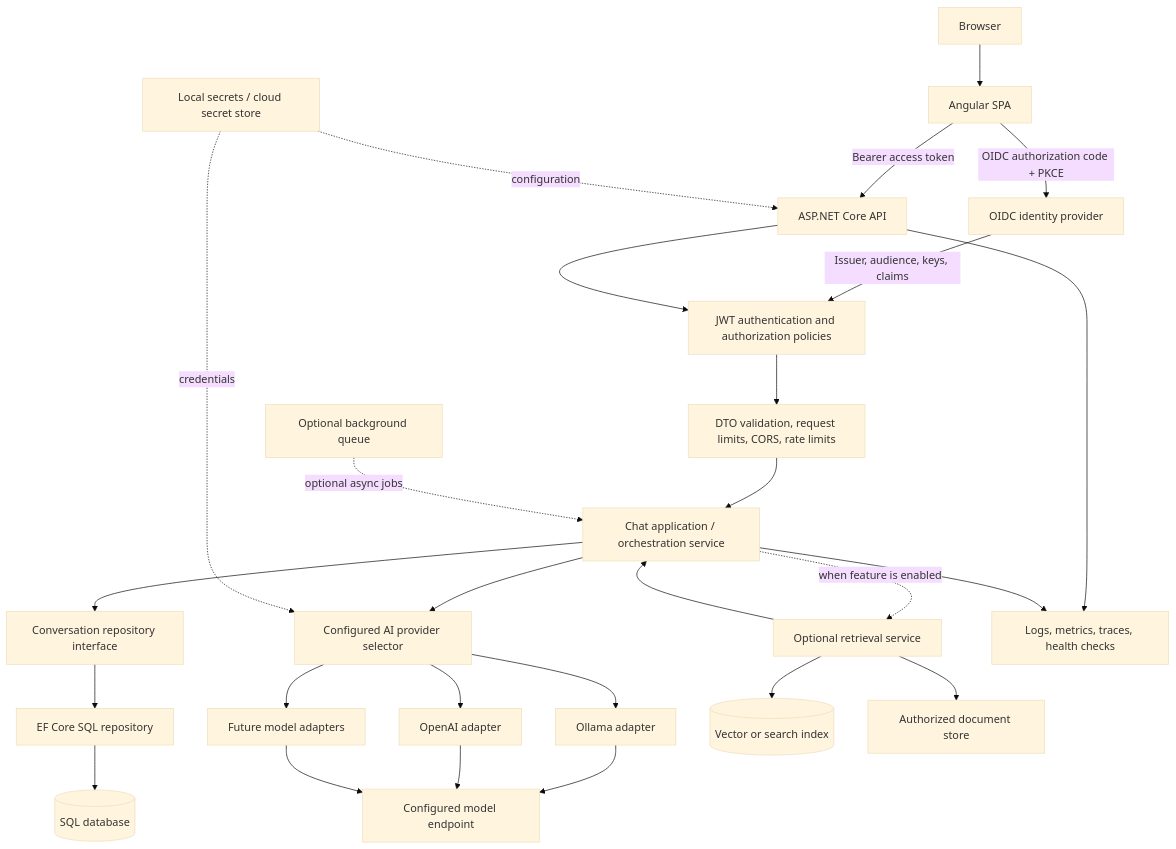
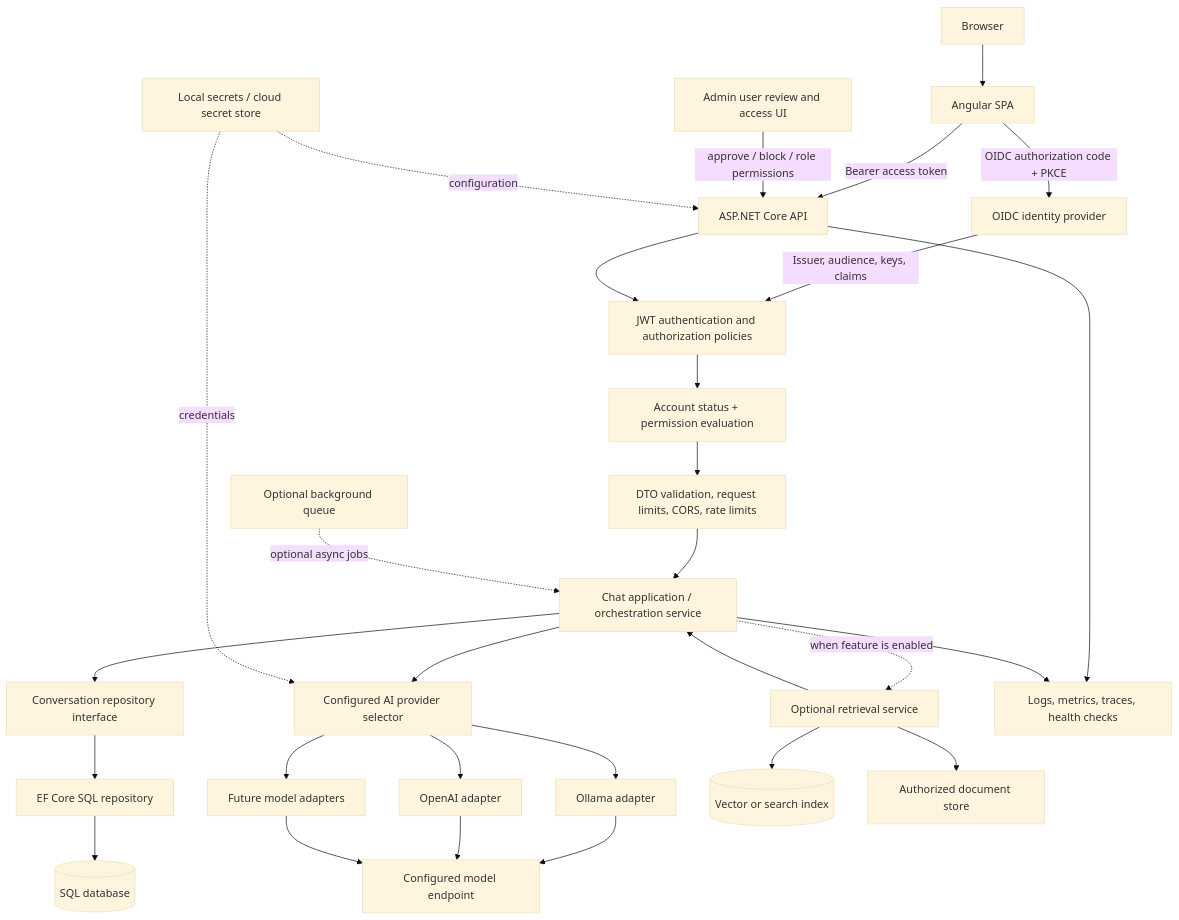
The second of 5 diagrams in docs/architecture.md (vikaskumar117/AIChatApplication), drawn with Mermaid (base theme) before and after one commit. The commit also changed other lines of this file and 5 other files, not shown here.

````diff
--- a/docs/architecture.md
+++ b/docs/architecture.md
@@ -72,50 +72,54 @@
 ```mermaid
 flowchart TB
     Browser[Browser]
     SPA[Angular SPA]
     IdP[OIDC identity provider]
     API[ASP.NET Core API]
     Auth[JWT authentication and authorization policies]
+    AccountAccess[Account status + permission evaluation]
+    AdminUI[Admin user review and access UI]
     Validation[DTO validation, request limits, CORS, rate limits]
     App[Chat application / orchestration service]
     Repo[Conversation repository interface]
     SqlRepo[EF Core SQL repository]
     DB[(SQL database)]
     ProviderSelection[Configured AI provider selector]
     Ollama[Ollama adapter]
     OpenAI[OpenAI adapter]
     Other[Future model adapters]
     RAG[Optional retrieval service]
     Search[(Vector or search index)]
     Docs[Authorized document store]
     Queue[Optional background queue]
     Telemetry[Logs, metrics, traces, health checks]
     Secrets[Local secrets / cloud secret store]
 
     Browser --> SPA
     SPA -->|OIDC authorization code + PKCE| IdP
     SPA -->|Bearer access token| API
     IdP -->|Issuer, audience, keys, claims| Auth
     API --> Auth
-    Auth --> Validation
+    Auth --> AccountAccess
+    AdminUI -->|approve / block / role permissions| API
+    AccountAccess --> Validation
     Validation --> App
     App --> Repo
     Repo --> SqlRepo
     SqlRepo --> DB
     App --> ProviderSelection
     ProviderSelection --> Ollama
     ProviderSelection --> OpenAI
     ProviderSelection --> Other
     Ollama --> ModelEndpoint[Configured model endpoint]
     OpenAI --> ModelEndpoint
     Other --> ModelEndpoint
     App -. when feature is enabled .-> RAG
     RAG --> Search
     RAG --> Docs
     RAG --> App
     Queue -. optional async jobs .-> App
     API --> Telemetry
     App --> Telemetry
     Secrets -. configuration .-> API
     Secrets -. credentials .-> ProviderSelection
 ```
````
